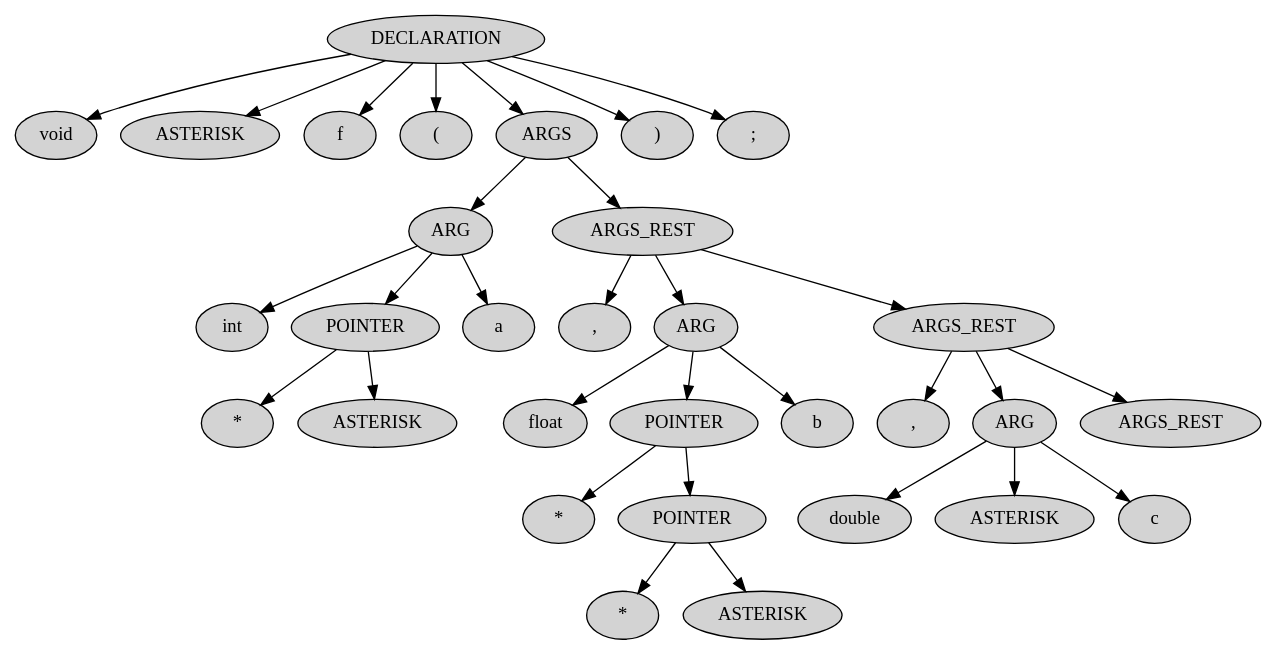
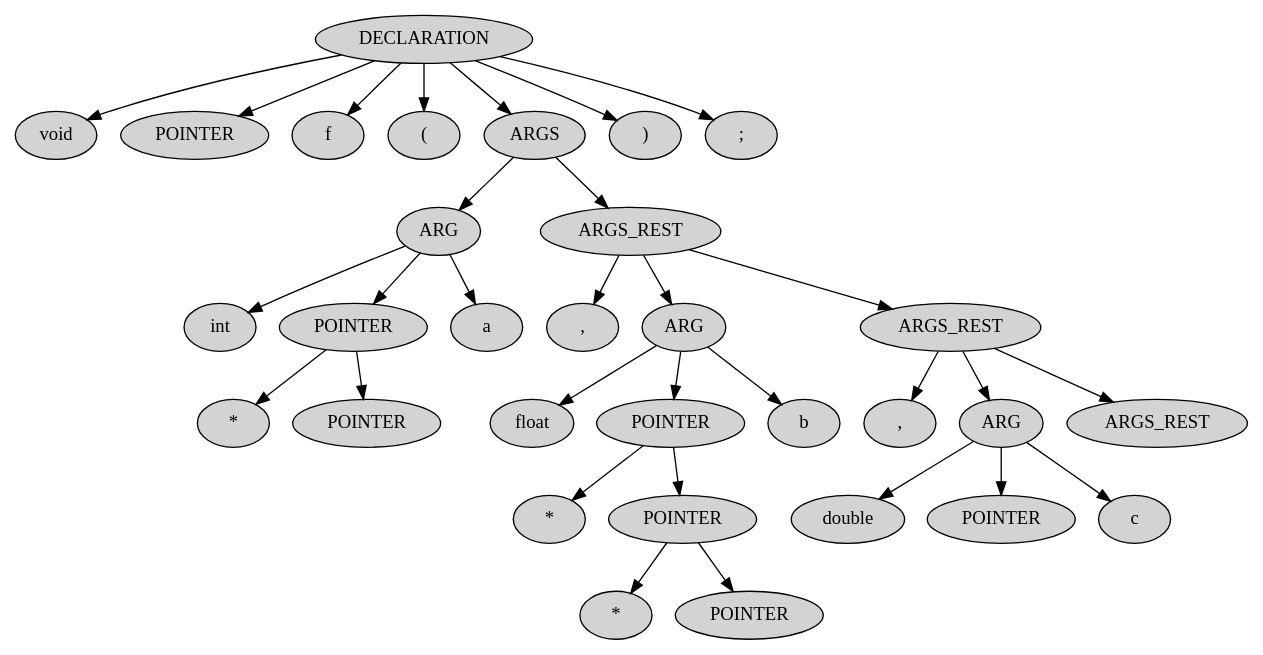
The diagram in Term5/tm/lab4/lab2/sign/graphs/gen.dot (iliayar/ITMO), drawn with Graphviz before and after one commit. The commit also changed 23 other files, not shown here.

```diff
--- a/Term5/tm/lab4/lab2/sign/graphs/gen.dot
+++ b/Term5/tm/lab4/lab2/sign/graphs/gen.dot
@@ -1,65 +1,65 @@
 digraph parse_tree {
 ratio = fill;
 node [style=filled];
 n1 [label="DECLARATION"]
 n2 [label="void"]
 n1 -> n2
-n3 [label="ASTERISK"]
+n3 [label="POINTER"]
 n1 -> n3
 n4 [label="f"]
 n1 -> n4
 n5 [label="("]
 n1 -> n5
 n6 [label="ARGS"]
 n7 [label="ARG"]
 n8 [label="int"]
 n7 -> n8
 n9 [label="POINTER"]
 n10 [label="*"]
 n9 -> n10
-n11 [label="ASTERISK"]
+n11 [label="POINTER"]
 n9 -> n11
 n7 -> n9
 n12 [label="a"]
 n7 -> n12
 n6 -> n7
 n13 [label="ARGS_REST"]
 n14 [label=","]
 n13 -> n14
 n15 [label="ARG"]
 n16 [label="float"]
 n15 -> n16
 n17 [label="POINTER"]
 n18 [label="*"]
 n17 -> n18
 n19 [label="POINTER"]
 n20 [label="*"]
 n19 -> n20
-n21 [label="ASTERISK"]
+n21 [label="POINTER"]
 n19 -> n21
 n17 -> n19
 n15 -> n17
 n22 [label="b"]
 n15 -> n22
 n13 -> n15
 n23 [label="ARGS_REST"]
 n24 [label=","]
 n23 -> n24
 n25 [label="ARG"]
 n26 [label="double"]
 n25 -> n26
-n27 [label="ASTERISK"]
+n27 [label="POINTER"]
 n25 -> n27
 n28 [label="c"]
 n25 -> n28
 n23 -> n25
 n29 [label="ARGS_REST"]
 n23 -> n29
 n13 -> n23
 n6 -> n13
 n1 -> n6
 n30 [label=")"]
 n1 -> n30
 n31 [label=";"]
 n1 -> n31
 }
```
